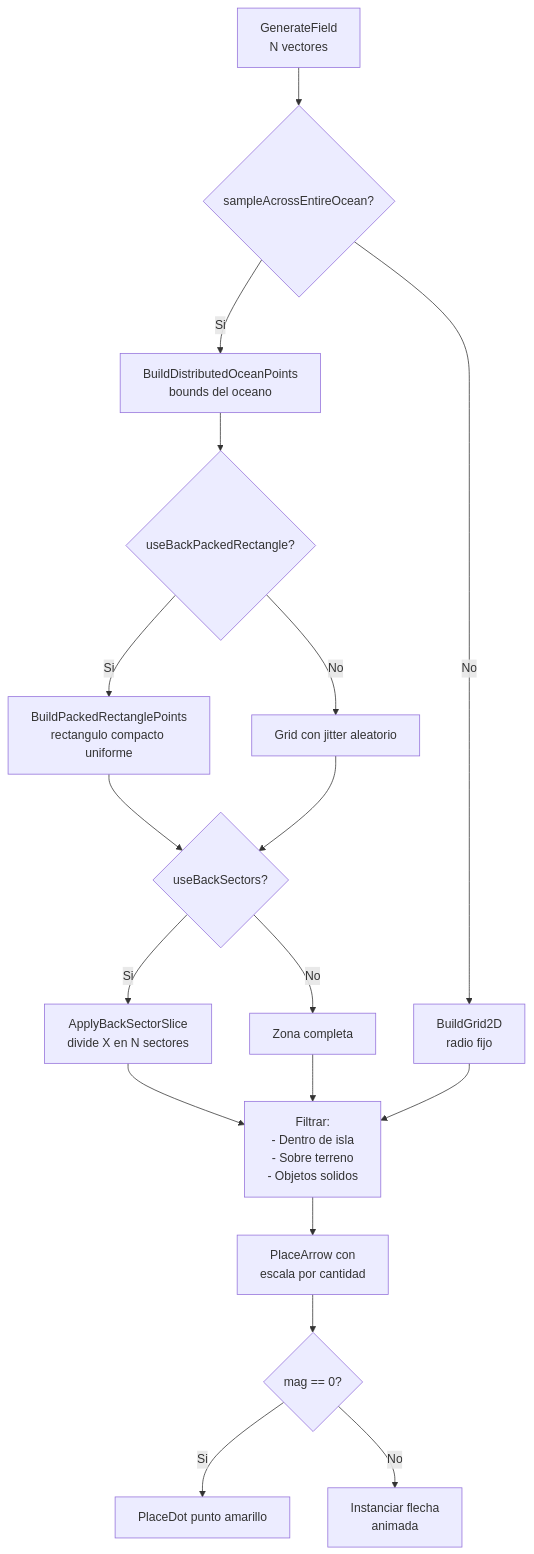
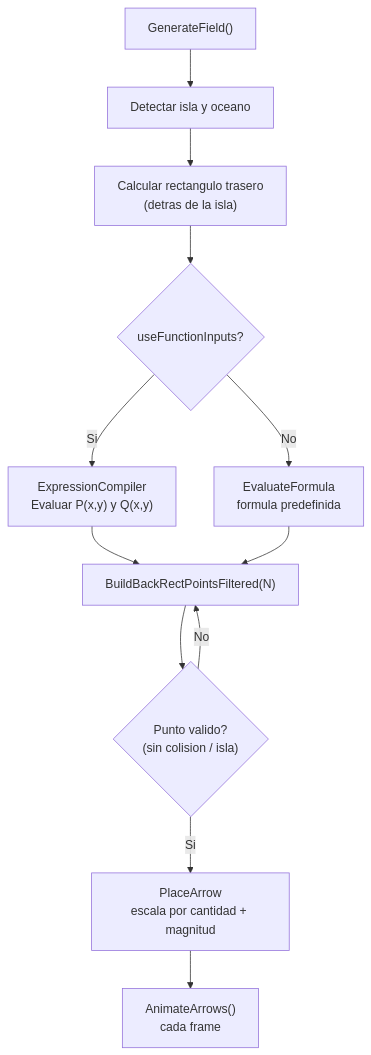
Before and after one commit to BurbanoValentina/AplicacionVectores: the eighth of 8 diagrams in README.md, drawn with Mermaid. The commit also changed other lines of this file, not shown here.

````diff
--- a/README.md
+++ b/README.md
@@ -331,24 +467,14 @@
 ```mermaid
 flowchart TD
-    A[GenerateField\nN vectores] --> B{sampleAcrossEntireOcean?}
-    B -- Si --> C[BuildDistributedOceanPoints\nbounds del oceano]
-    B -- No --> D[BuildGrid2D\nradio fijo]
-
-    C --> E{useBackPackedRectangle?}
-    E -- Si --> F[BuildPackedRectanglePoints\nrectangulo compacto uniforme]
-    E -- No --> G[Grid con jitter aleatorio]
-
-    F --> H{useBackSectors?}
-    G --> H
-    H -- Si --> I[ApplyBackSectorSlice\ndivide X en N sectores]
-    H -- No --> J[Zona completa]
-
-    I --> K[Filtrar:\n- Dentro de isla\n- Sobre terreno\n- Objetos solidos]
-    J --> K
-    D --> K
-
-    K --> L[PlaceArrow con\nescala por cantidad]
-    L --> M{mag == 0?}
-    M -- Si --> N[PlaceDot punto amarillo]
-    M -- No --> O[Instanciar flecha\nanimada]
+    A["GenerateField()"] --> B["Detectar isla y oceano"]
+    B --> C["Calcular rectangulo trasero\n(detras de la isla)"]
+    C --> D{"useFunctionInputs?"}
+    D -- Si --> E["ExpressionCompiler\nEvaluar P(x,y) y Q(x,y)"]
+    D -- No --> F["EvaluateFormula\nformula predefinida"]
+    E --> G["BuildBackRectPointsFiltered(N)"]
+    F --> G
+    G --> H{"Punto valido?\n(sin colision / isla)"}
+    H -- Si --> I["PlaceArrow\nescala por cantidad + magnitud"]
+    H -- No --> G
+    I --> J["AnimateArrows()\ncada frame"]
 ```
````
